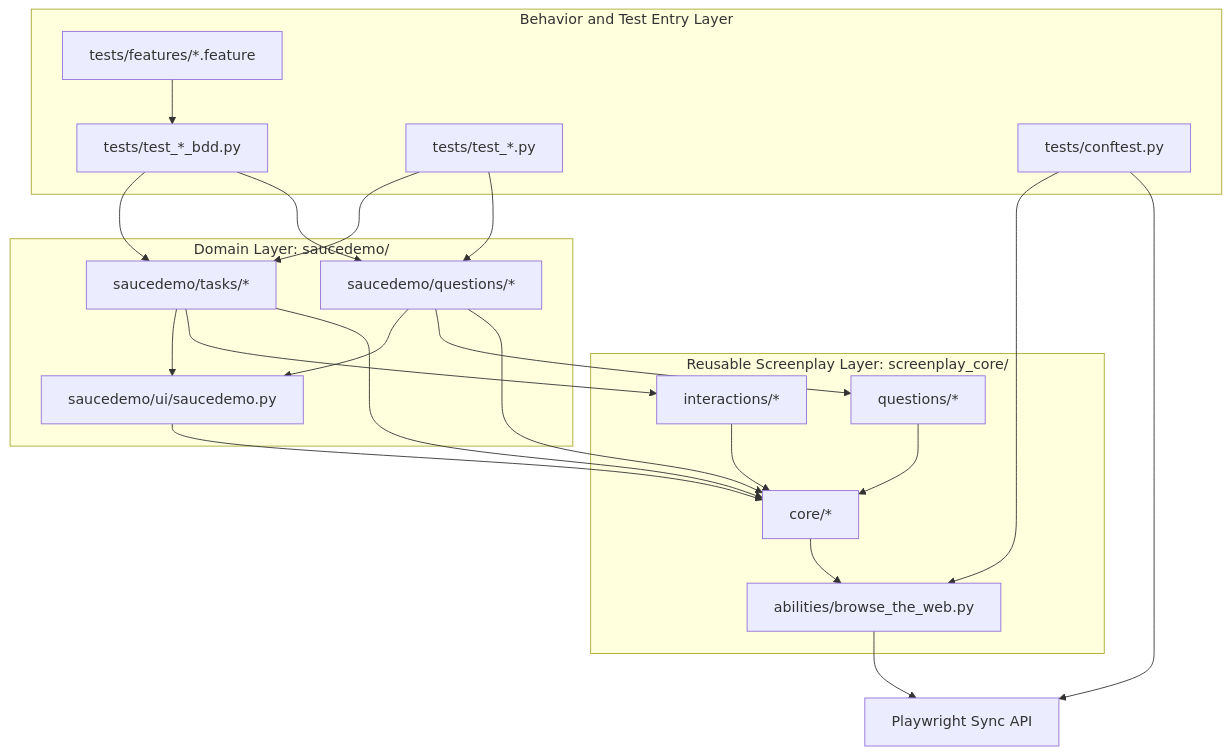
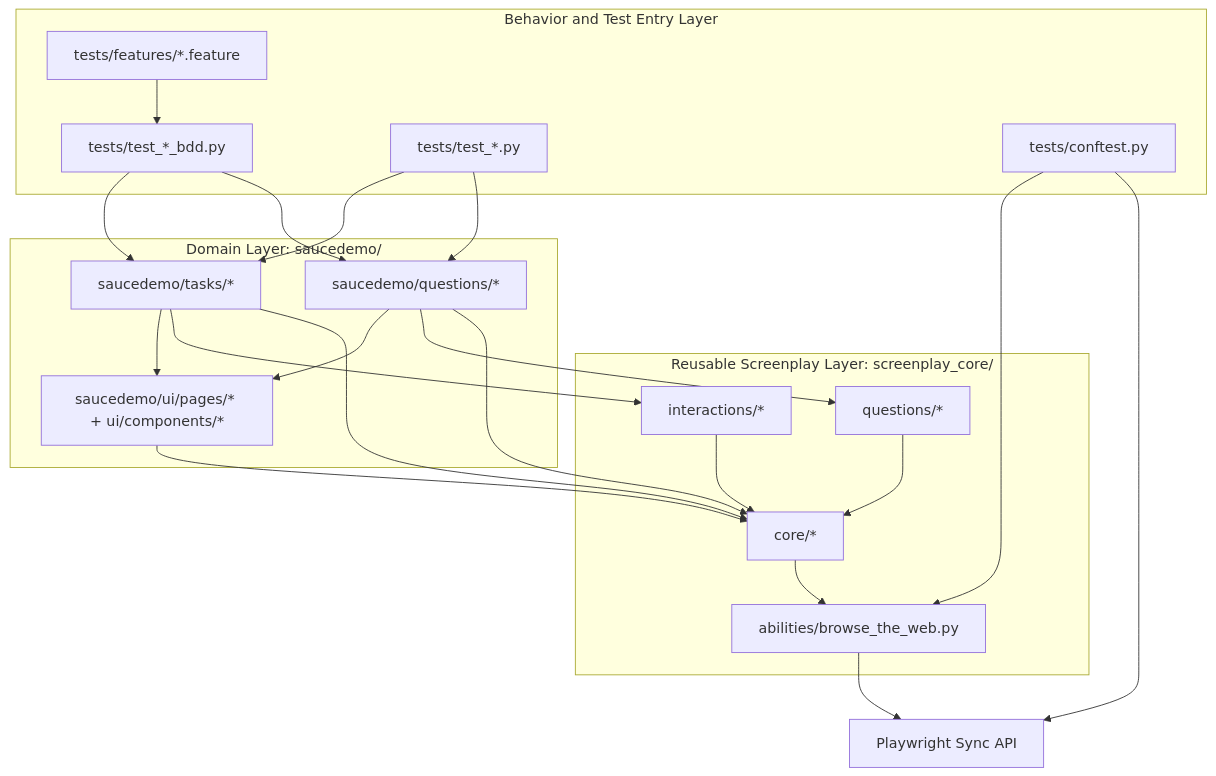
The first of 5 diagrams in docs/architecture.md (stansiris/playwright-pytest-screenplay-framework), drawn with Mermaid before and after one commit. The commit also changed other lines of this file and 43 other files, not shown here.

````diff
--- a/docs/architecture.md
+++ b/docs/architecture.md
@@ -11,45 +11,45 @@
 ```mermaid
 flowchart TB
   subgraph Behavior["Behavior and Test Entry Layer"]
     F[tests/features/*.feature]
     BDD[tests/test_*_bdd.py]
     PYT[tests/test_*.py]
     CONF[tests/conftest.py]
   end
 
   subgraph Domain["Domain Layer: saucedemo/"]
     ST[saucedemo/tasks/*]
     SQ[saucedemo/questions/*]
-    SUI[saucedemo/ui/saucedemo.py]
+    SUI[saucedemo/ui/pages/* + ui/components/*]
   end
 
   subgraph Core["Reusable Screenplay Layer: screenplay_core/"]
     CCORE[core/*]
     CAB[abilities/browse_the_web.py]
     CINT[interactions/*]
     CQUE[questions/*]
   end
 
   PW[Playwright Sync API]
 
   F --> BDD
   BDD --> ST
   BDD --> SQ
   PYT --> ST
   PYT --> SQ
   CONF --> CAB
   CONF --> PW
 
   ST --> SUI
   SQ --> SUI
   ST --> CINT
   SQ --> CQUE
   ST --> CCORE
   SQ --> CCORE
   SUI --> CCORE
 
   CINT --> CCORE
   CQUE --> CCORE
   CCORE --> CAB
   CAB --> PW
 ```
````
